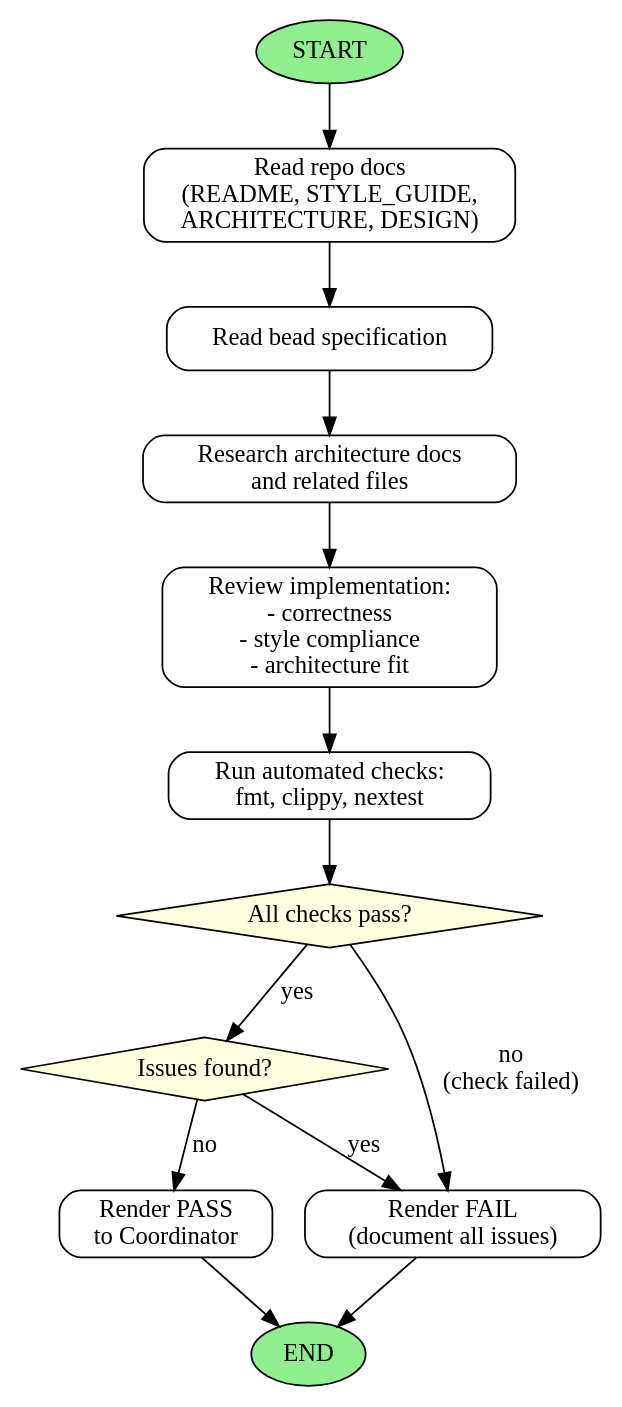
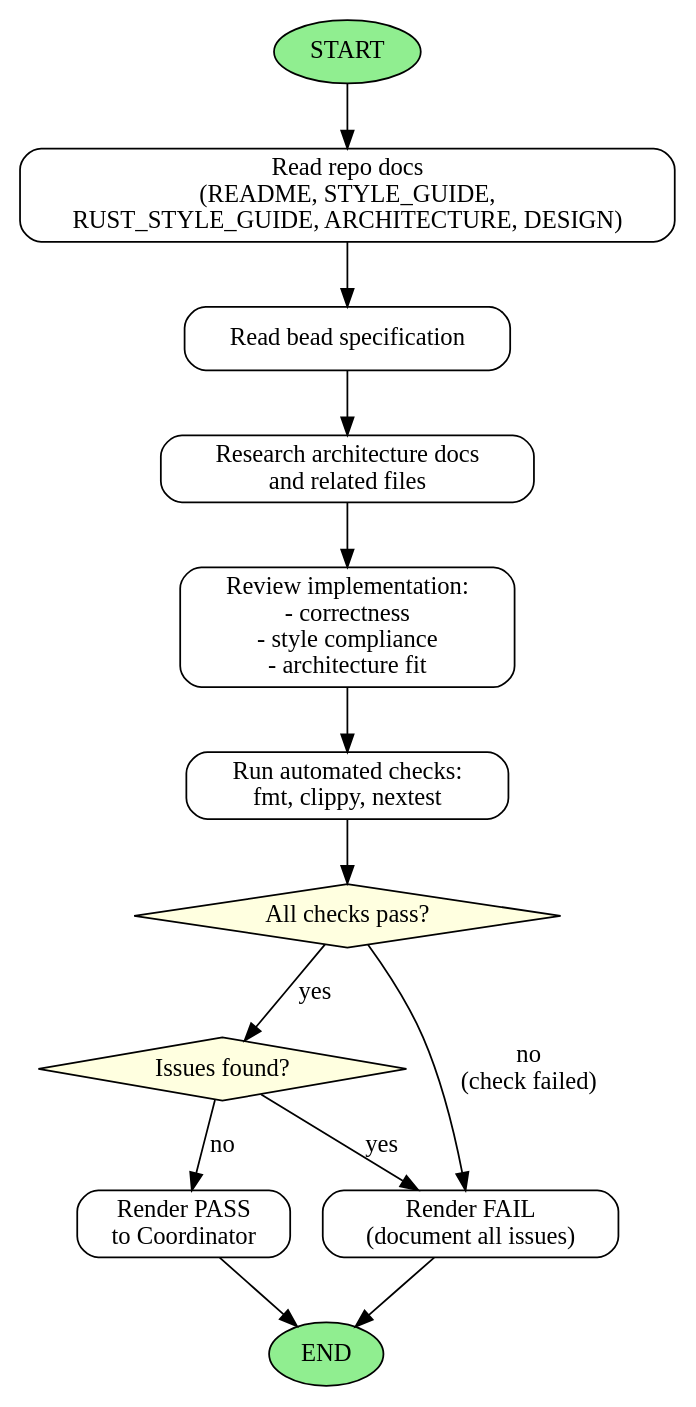
One commit to imbue-ai/ratchets changed the diagram in .claude/agents/judge.md. Above: the diagram before and after it, drawn with Graphviz. The commit also changed other lines of this file and 16 other files, not shown here.

````diff
--- a/.claude/agents/judge.md
+++ b/.claude/agents/judge.md
@@ -50,26 +51,26 @@
 ```dot
 digraph JudgeAgentWorkflow {
   rankdir=TB;
   node [shape=box, style=rounded];
 
   START [shape=ellipse, style=filled, fillcolor=lightgreen];
-  READ_DOCS [label="Read repo docs\n(README, STYLE_GUIDE,\nARCHITECTURE, DESIGN)"];
+  READ_DOCS [label="Read repo docs\n(README, STYLE_GUIDE,\nRUST_STYLE_GUIDE, ARCHITECTURE, DESIGN)"];
   READ_BEAD [label="Read bead specification"];
   RESEARCH [label="Research architecture docs\nand related files"];
   REVIEW_IMPL [label="Review implementation:\n- correctness\n- style compliance\n- architecture fit"];
   RUN_CHECKS [label="Run automated checks:\nfmt, clippy, nextest"];
   CHECKS_PASS [shape=diamond, style=filled, fillcolor=lightyellow, label="All checks pass?"];
   ISSUES_FOUND [shape=diamond, style=filled, fillcolor=lightyellow, label="Issues found?"];
   RENDER_PASS [label="Render PASS\nto Coordinator"];
   RENDER_FAIL [label="Render FAIL\n(document all issues)"];
   END [shape=ellipse, style=filled, fillcolor=lightgreen];
 
   START -> READ_DOCS -> READ_BEAD -> RESEARCH -> REVIEW_IMPL -> RUN_CHECKS -> CHECKS_PASS;
   CHECKS_PASS -> ISSUES_FOUND [label="yes"];
   CHECKS_PASS -> RENDER_FAIL [label="no\n(check failed)"];
   ISSUES_FOUND -> RENDER_PASS [label="no"];
   ISSUES_FOUND -> RENDER_FAIL [label="yes"];
   RENDER_PASS -> END;
   RENDER_FAIL -> END;
 }
 ```
````
